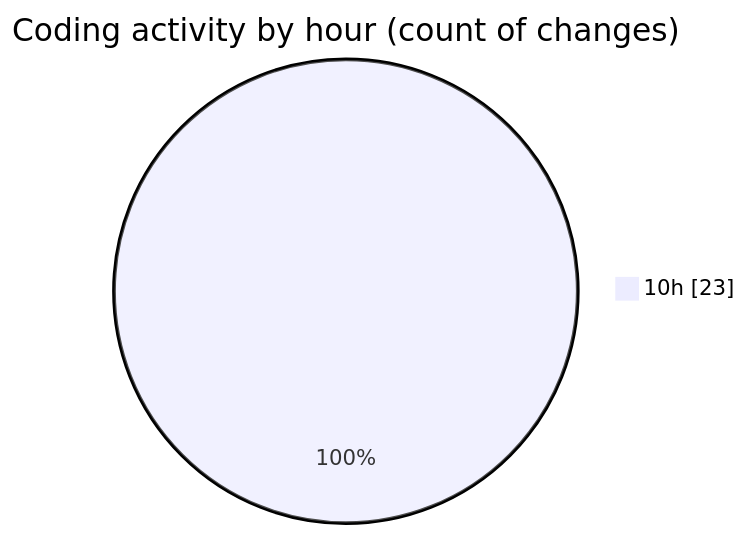
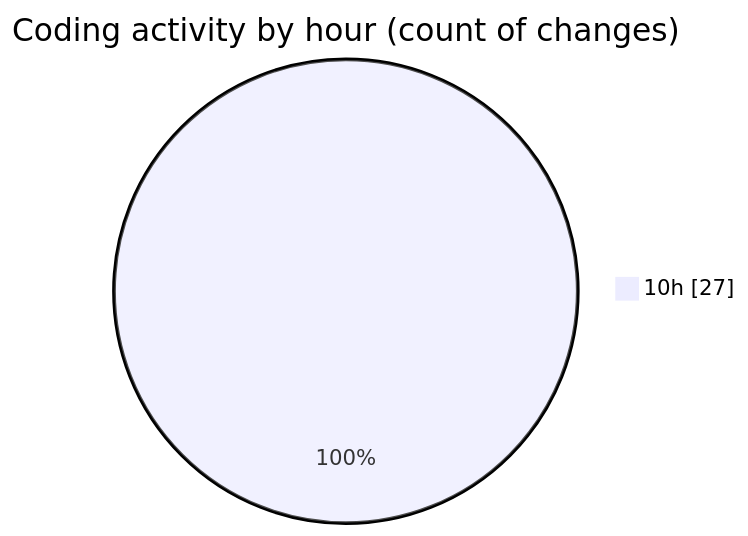
The second of 2 diagrams in 2025-03-01/myws__workspace_/README.md (MatusMokan/code-tracking), drawn with Mermaid before and after one commit. The commit also changed other lines of this file and 1 other file, not shown here.

````diff
--- a/2025-03-01/myws__workspace_/README.md
+++ b/2025-03-01/myws__workspace_/README.md
@@ -30,5 +31,5 @@
 ```mermaid
 pie showData
 title Coding activity by hour (count of changes)
-"10h" : 23
+"10h" : 27
 ```
````
